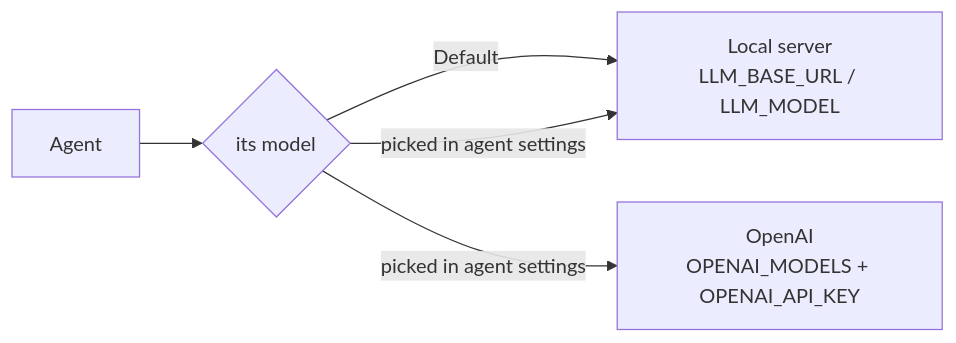
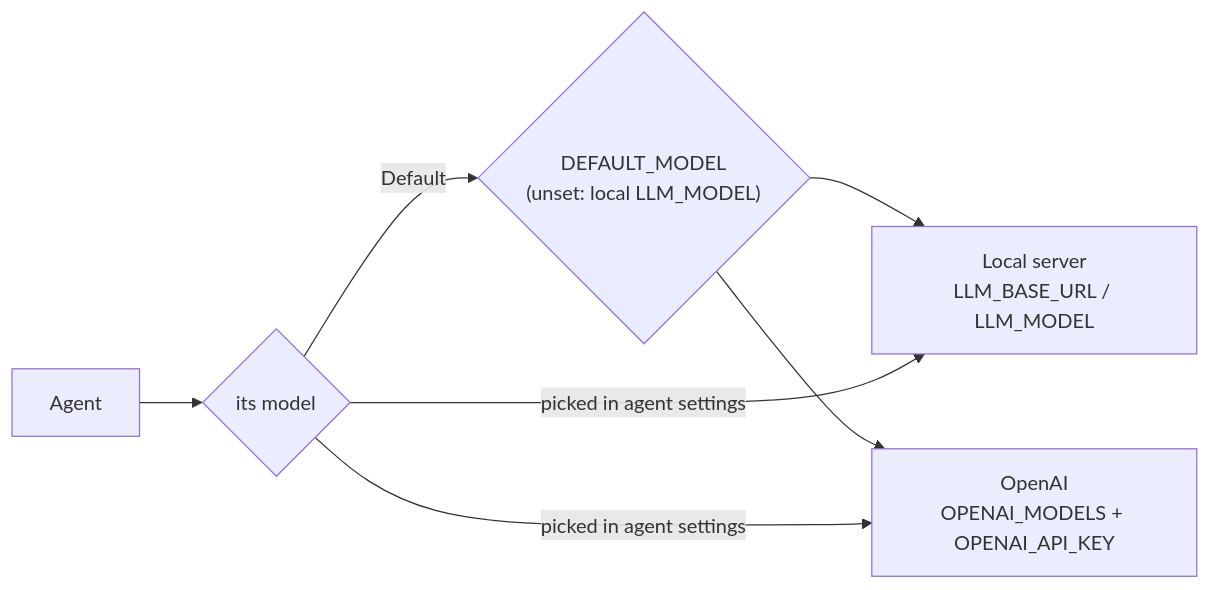
The diagram in docs/models.md (chrysogonus/agent-lab), drawn with Mermaid before and after one commit. The commit also changed 1 other file, not shown here.

Commit message:
Docs: runnable curl example; Default model follows DEFAULT_MODEL

````diff
--- a/docs/models.md
+++ b/docs/models.md
@@ -8,7 +8,9 @@
 ```mermaid
 flowchart LR
     A[Agent] --> D{its model}
-    D -- "Default" --> L["Local server<br/>LLM_BASE_URL / LLM_MODEL"]
+    D -- "Default" --> DM{"DEFAULT_MODEL<br/>(unset: local LLM_MODEL)"}
+    DM --> L["Local server<br/>LLM_BASE_URL / LLM_MODEL"]
+    DM --> O["OpenAI<br/>OPENAI_MODELS + OPENAI_API_KEY"]
     D -- "picked in agent settings" --> L
-    D -- "picked in agent settings" --> O["OpenAI<br/>OPENAI_MODELS + OPENAI_API_KEY"]
+    D -- "picked in agent settings" --> O
 ```
````
